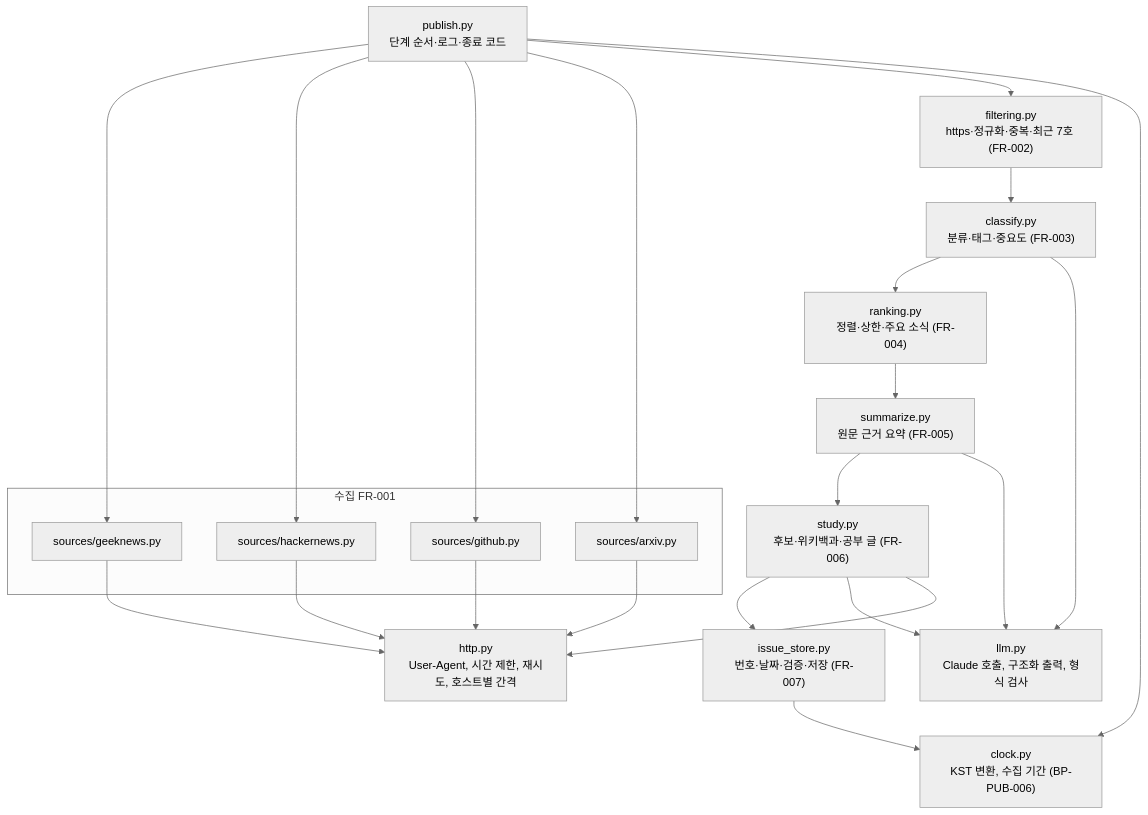
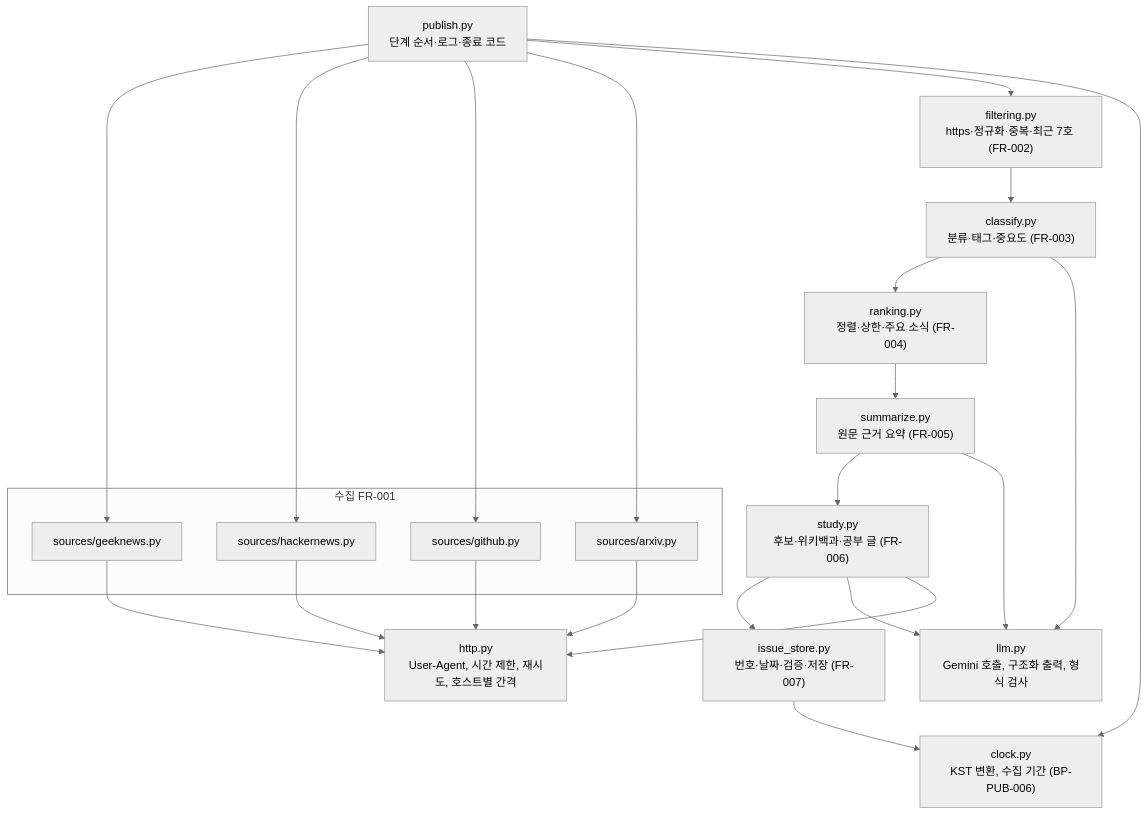
One commit to naneunimjee/2026-vibe-coding-adv changed the third of 5 diagrams in waterfall/02-시스템설계/시스템아키텍처설계서-SAD.md. Above: the diagram before and after it, drawn with Mermaid (neutral theme). The commit also changed other lines of this file and 7 other files, not shown here.

````diff
--- a/waterfall/02-시스템설계/시스템아키텍처설계서-SAD.md
+++ b/waterfall/02-시스템설계/시스템아키텍처설계서-SAD.md
@@ -165,31 +166,31 @@
 ```mermaid
 graph TB
     MAIN["publish.py<br/>단계 순서·로그·종료 코드"]
     HTTP["http.py<br/>User-Agent, 시간 제한, 재시도, 호스트별 간격"]
-    LLM["llm.py<br/>Claude 호출, 구조화 출력, 형식 검사"]
+    LLM["llm.py<br/>Gemini 호출, 구조화 출력, 형식 검사"]
 
     subgraph 수집 FR-001
         S1["sources/geeknews.py"]
         S2["sources/hackernews.py"]
         S3["sources/github.py"]
         S4["sources/arxiv.py"]
     end
 
     FIL["filtering.py<br/>https·정규화·중복·최근 7호 (FR-002)"]
     CLS["classify.py<br/>분류·태그·중요도 (FR-003)"]
     RANK["ranking.py<br/>정렬·상한·주요 소식 (FR-004)"]
     SUM["summarize.py<br/>원문 근거 요약 (FR-005)"]
     STUDY["study.py<br/>후보·위키백과·공부 글 (FR-006)"]
     STORE["issue_store.py<br/>번호·날짜·검증·저장 (FR-007)"]
     TIME["clock.py<br/>KST 변환, 수집 기간 (BP-PUB-006)"]
 
     MAIN --> S1 & S2 & S3 & S4
     S1 & S2 & S3 & S4 --> HTTP
     MAIN --> FIL --> CLS --> RANK --> SUM --> STUDY --> STORE
     CLS --> LLM
     SUM --> LLM
     STUDY --> LLM
     STUDY --> HTTP
     MAIN --> TIME
     STORE --> TIME
 ```
````
